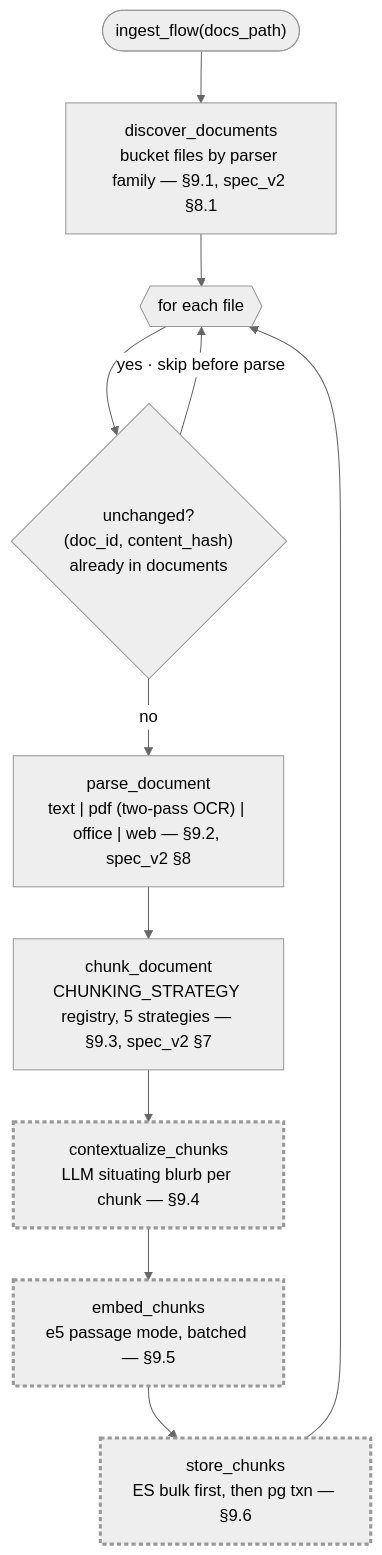
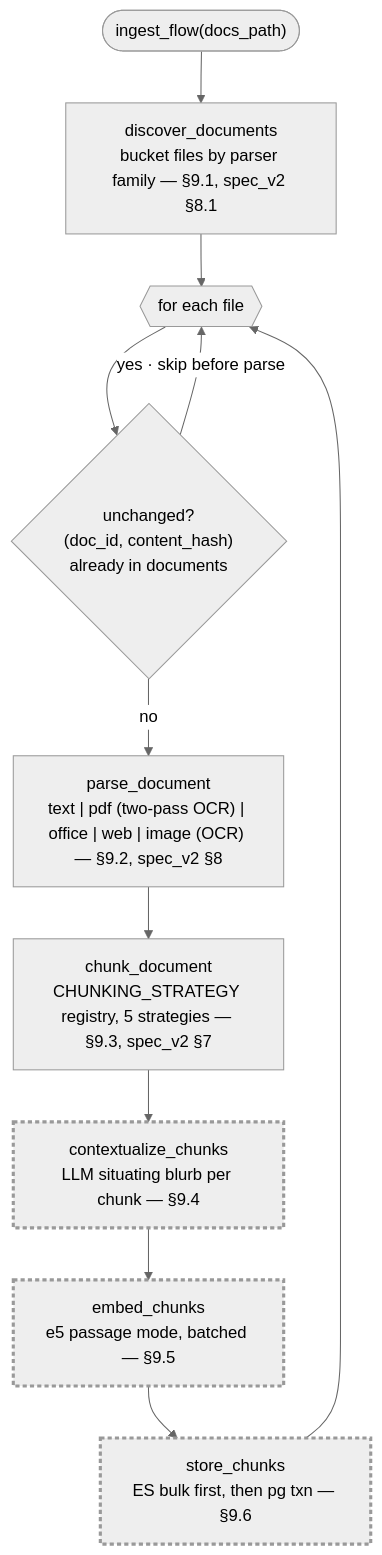
One commit to luisegarduno/varagity changed the first of 3 diagrams in golden-docs/pipelines.md. Above: the diagram before and after it, drawn with Mermaid (neutral theme). The commit also changed other lines of this file and 40 other files, not shown here.

````diff
--- a/golden-docs/pipelines.md
+++ b/golden-docs/pipelines.md
@@ -39,16 +39,16 @@
 ```mermaid
 flowchart TB
     start(["ingest_flow(docs_path)"]) --> discover["discover_documents<br/>bucket files by parser family — §9.1, spec_v2 §8.1"]
     discover --> loop{{"for each file"}}
     loop --> skip{"unchanged?<br/>(doc_id, content_hash)<br/>already in documents"}
     skip -->|"yes · skip before parse"| loop
-    skip -->|no| parse["parse_document<br/>text | pdf (two-pass OCR) | office | web — §9.2, spec_v2 §8"]
+    skip -->|no| parse["parse_document<br/>text | pdf (two-pass OCR) | office | web | image (OCR) — §9.2, spec_v2 §8"]
     parse --> chunk["chunk_document<br/>CHUNKING_STRATEGY registry, 5 strategies — §9.3, spec_v2 §7"]
     chunk --> ctx["contextualize_chunks<br/>LLM situating blurb per chunk — §9.4"]
     ctx --> embed["embed_chunks<br/>e5 passage mode, batched — §9.5"]
     embed --> store["store_chunks<br/>ES bulk first, then pg txn — §9.6"]
     store --> loop
 
     classDef retry stroke-width:3px,stroke-dasharray:4 3;
     class ctx,embed,store retry;
 ```
````
